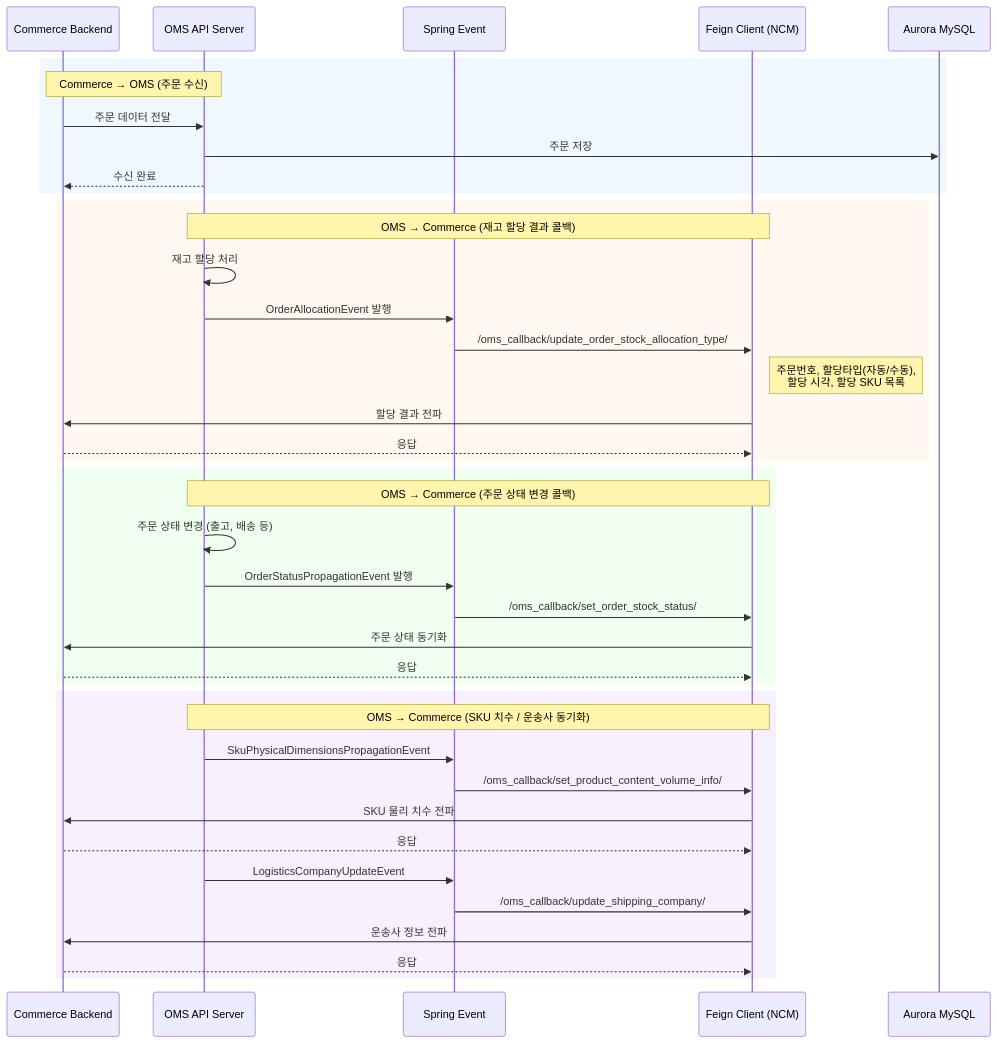
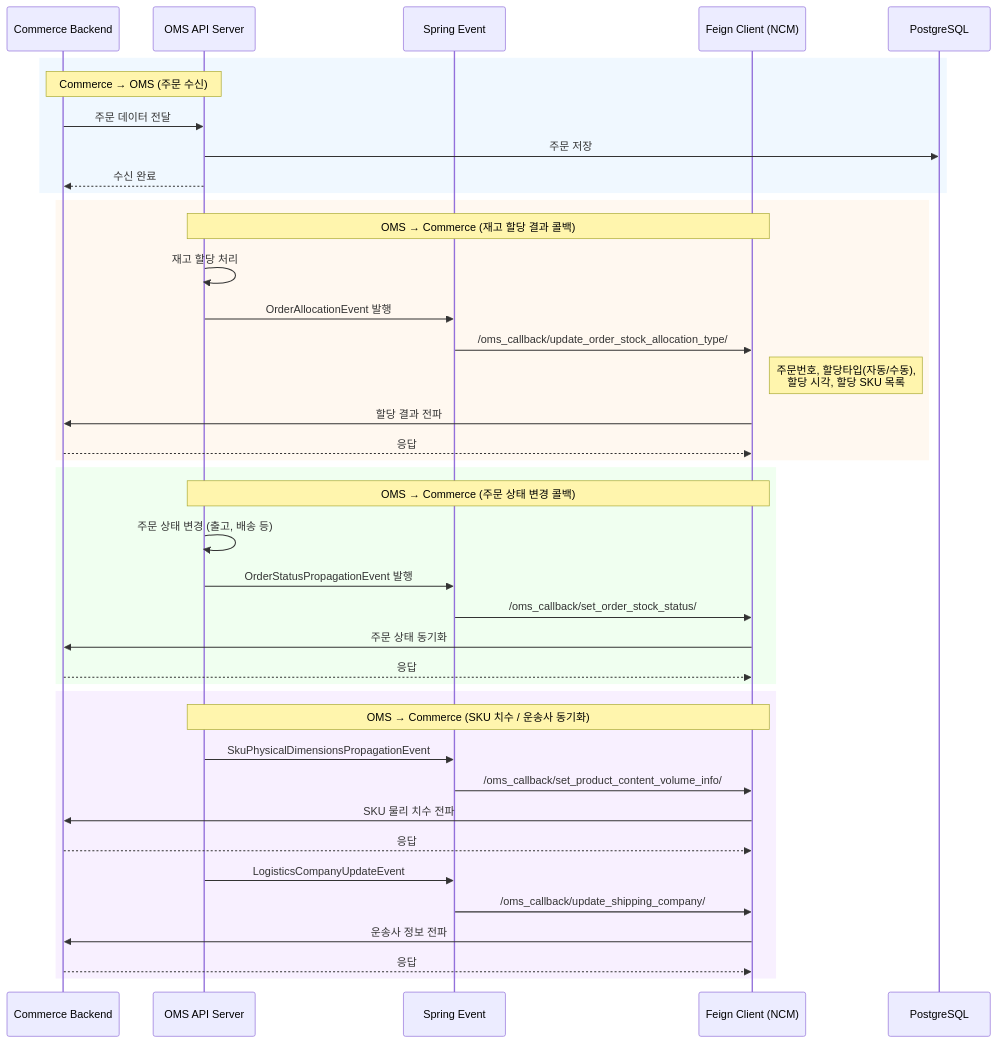
One commit to geunwoobaek/resume changed the third of 6 diagrams in detail/메이크스타_상세.md. Above: the diagram before and after it, drawn with Mermaid. The commit also changed other lines of this file and 1 other file, not shown here.

First line of the commit message:
Fix OMS details: PostgreSQL, single WMS, commerce-initiated orders

````diff
--- a/detail/메이크스타_상세.md
+++ b/detail/메이크스타_상세.md
@@ -269,47 +288,47 @@
 ```mermaid
 sequenceDiagram
     participant Commerce as Commerce Backend
     participant OMS as OMS API Server
     participant Event as Spring Event
     participant Feign as Feign Client (NCM)
-    participant DB as Aurora MySQL
+    participant DB as PostgreSQL
 
     rect rgb(240, 248, 255)
         Note over Commerce,OMS: Commerce → OMS (주문 수신)
         Commerce->>OMS: 주문 데이터 전달
         OMS->>DB: 주문 저장
         OMS-->>Commerce: 수신 완료
     end
 
     rect rgb(255, 248, 240)
         Note over OMS,Feign: OMS → Commerce (재고 할당 결과 콜백)
         OMS->>OMS: 재고 할당 처리
         OMS->>Event: OrderAllocationEvent 발행
         Event->>Feign: /oms_callback/update_order_stock_allocation_type/
         Note right of Feign: 주문번호, 할당타입(자동/수동),<br/>할당 시각, 할당 SKU 목록
         Feign->>Commerce: 할당 결과 전파
         Commerce-->>Feign: 응답
     end
 
     rect rgb(240, 255, 240)
         Note over OMS,Feign: OMS → Commerce (주문 상태 변경 콜백)
         OMS->>OMS: 주문 상태 변경 (출고, 배송 등)
         OMS->>Event: OrderStatusPropagationEvent 발행
         Event->>Feign: /oms_callback/set_order_stock_status/
         Feign->>Commerce: 주문 상태 동기화
         Commerce-->>Feign: 응답
     end
 
     rect rgb(248, 240, 255)
         Note over OMS,Feign: OMS → Commerce (SKU 치수 / 운송사 동기화)
         OMS->>Event: SkuPhysicalDimensionsPropagationEvent
         Event->>Feign: /oms_callback/set_product_content_volume_info/
         Feign->>Commerce: SKU 물리 치수 전파
         Commerce-->>Feign: 응답
 
         OMS->>Event: LogisticsCompanyUpdateEvent
         Event->>Feign: /oms_callback/update_shipping_company/
         Feign->>Commerce: 운송사 정보 전파
         Commerce-->>Feign: 응답
     end
 ```
````
